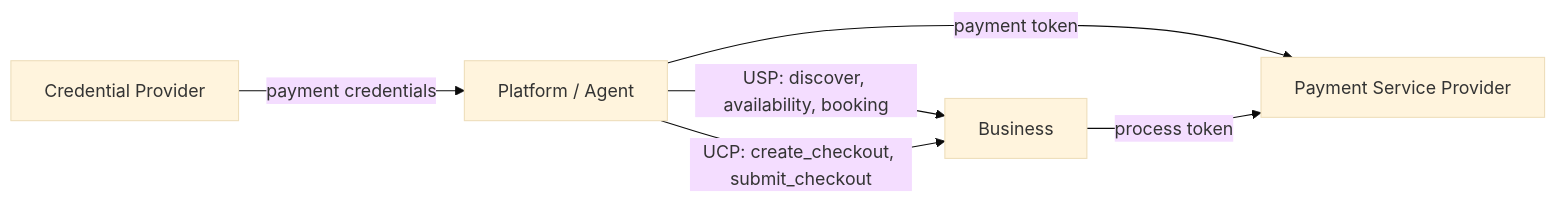
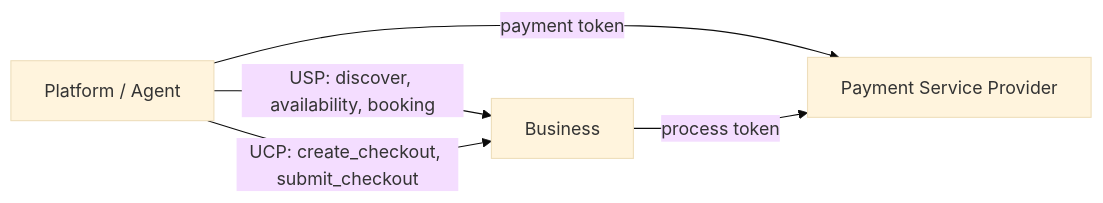
The first of 4 diagrams in specification.md (wix/universal-scheduling-protocol), drawn with Mermaid (base theme) before and after one commit.

Commit message:
Remove Credential Provider from high-level architecture diagram
CP is a UCP-side actor that USP does not interact with directly.
Removing it from the USP architecture diagram reduces confusion.

````diff
--- a/specification.md
+++ b/specification.md
@@ -69,8 +69,7 @@
 ```mermaid
 graph LR
     P[Platform / Agent] -- "USP: discover, availability, booking" --> B[Business]
     P -- "UCP: create_checkout, submit_checkout" --> B
     P -- "payment token" --> PSP[Payment Service Provider]
     B -- "process token" --> PSP
-    CP[Credential Provider] -- "payment credentials" --> P
 ```
````
